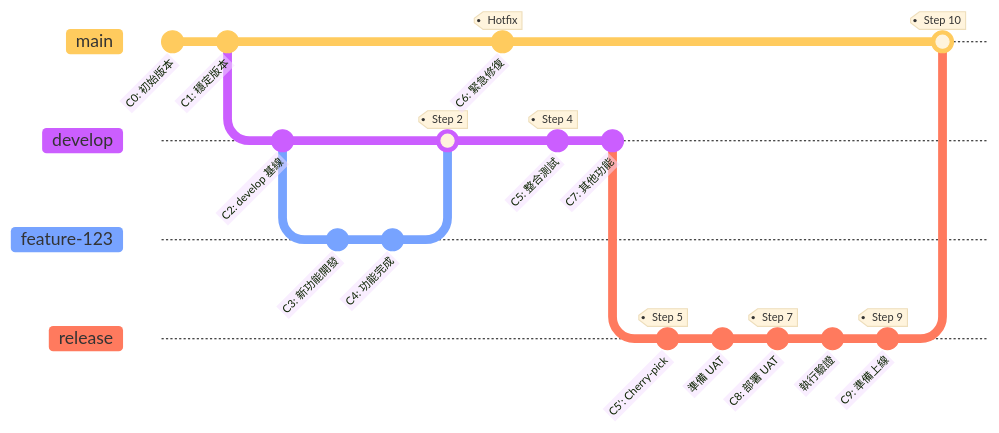
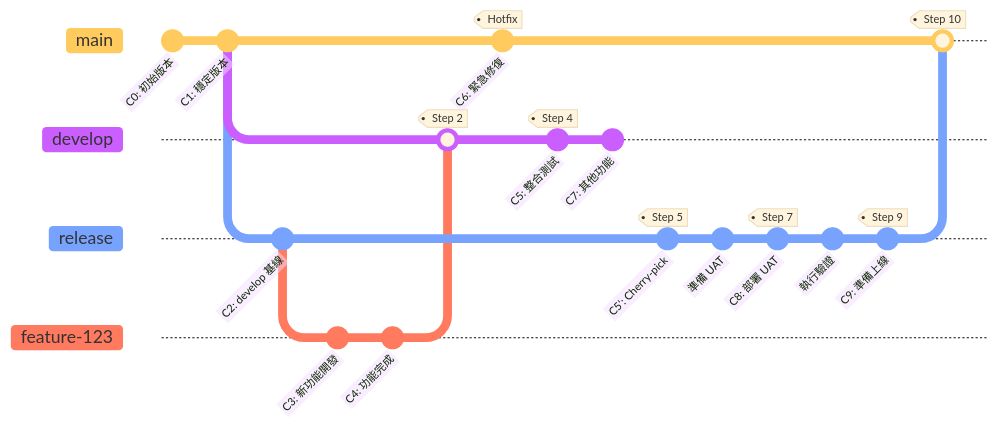
The first of 2 diagrams in SIT/ReleaseWorkFlow.md (almightyken0425/KnowledgeVault), drawn with Mermaid before and after one commit. The commit also changed other lines of this file, not shown here.

````diff
--- a/SIT/ReleaseWorkFlow.md
+++ b/SIT/ReleaseWorkFlow.md
@@ -9,33 +9,35 @@
 ```mermaid
 %%{init: {'theme':'base', 'gitGraph': {'showCommitLabel': true, 'mainBranchName': 'main'}}}%%
 gitGraph
     commit id: "C0: 初始版本"
     commit id: "C1: 穩定版本"
     
     branch develop
+    branch release
     commit id: "C2: develop 基線"
     
+    checkout release
     branch feature-123
     commit id: "C3: 新功能開發"
     commit id: "C4: 功能完成"
     
     checkout develop
     merge feature-123 tag: "Step 2"
     
     checkout main
     commit id: "C6: 緊急修復" tag: "Hotfix"
     
     checkout develop
     commit id: "C5: 整合測試" tag: "Step 4"
     commit id: "C7: 其他功能"
     
-    branch release
+    checkout release
     commit id: "C5': Cherry-pick" tag: "Step 5"
     commit id: "準備 UAT"
     commit id: "C8: 部署 UAT" tag: "Step 7"
     commit id: "執行驗證"
     commit id: "C9: 準備上線" tag: "Step 9"
     
     checkout main
     merge release tag: "Step 10"
 ```
````
